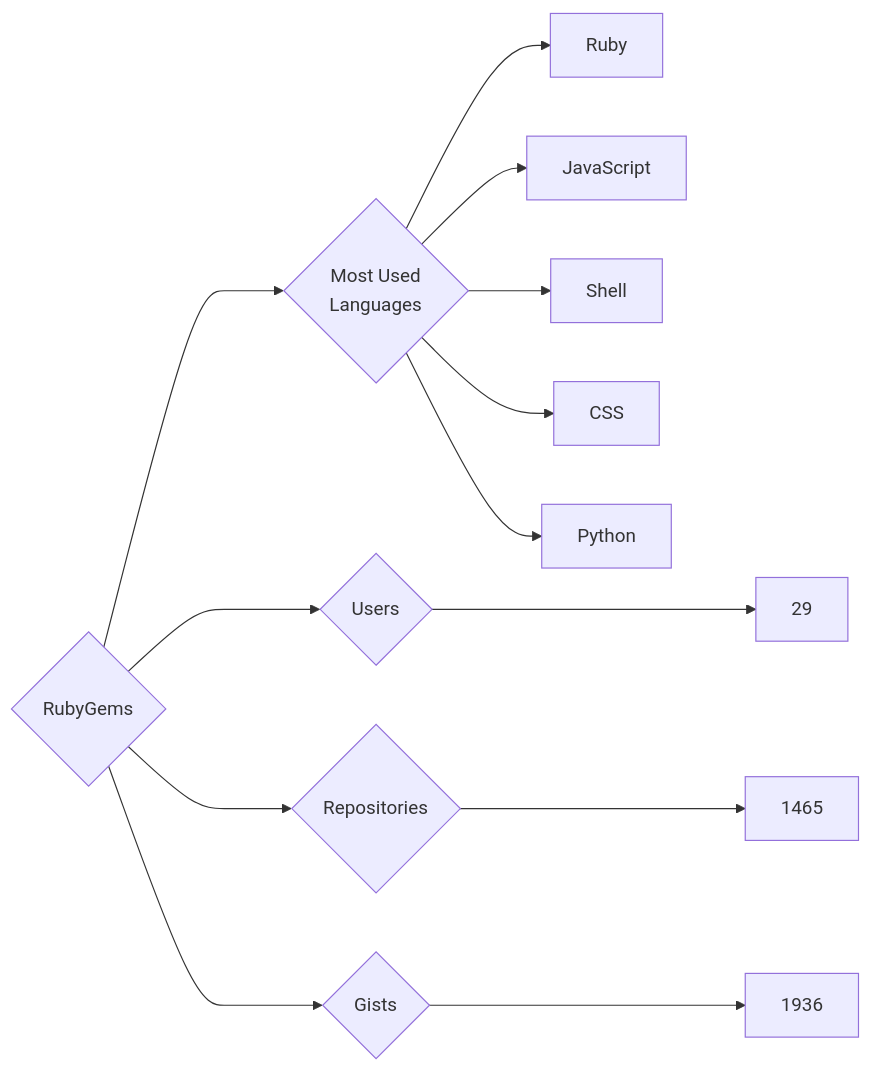
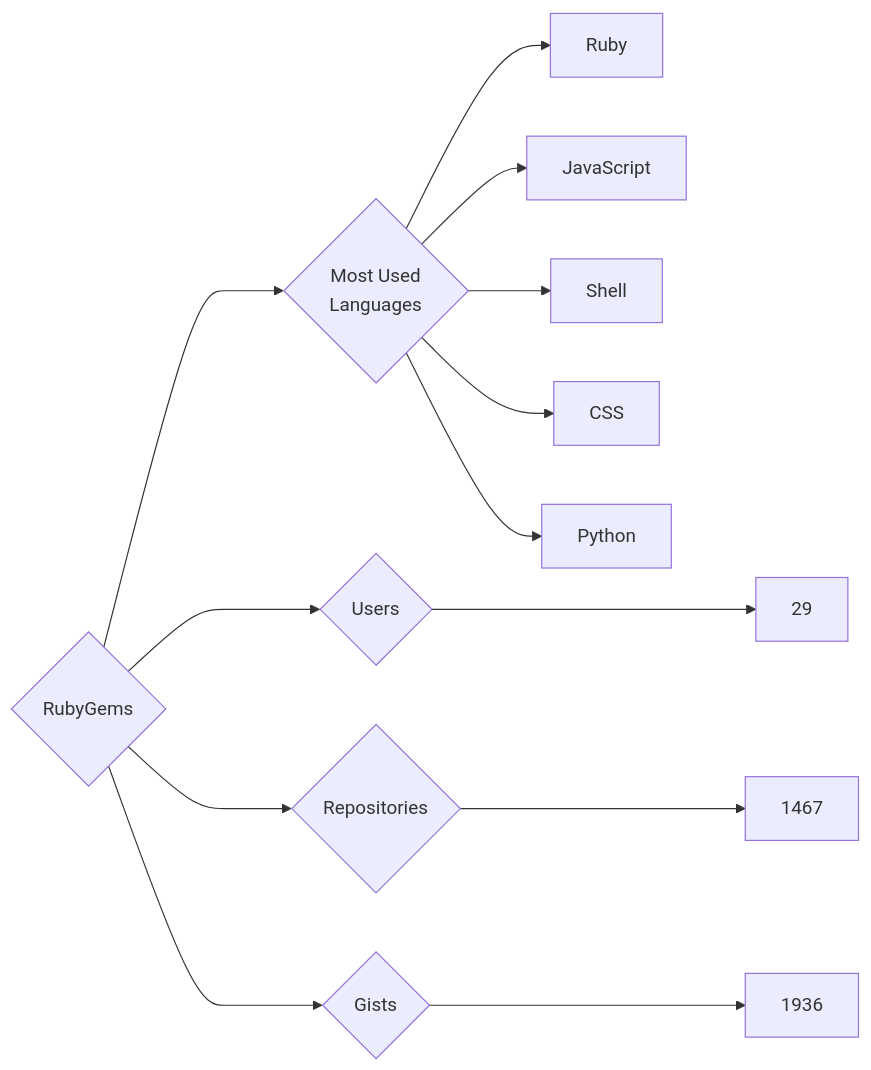
One commit to trickest/insiders changed the diagram in targets/RubyGems/README.md. Above: the diagram before and after it, drawn with Mermaid. The commit also changed 835 other files, not shown here.

````diff
--- a/targets/RubyGems/README.md
+++ b/targets/RubyGems/README.md
@@ -3,13 +3,13 @@
 ```mermaid
 graph LR
 COMPANY_NAME{RubyGems}
 COMPANY_NAME ---> U{Users} ---> UN[29]
-COMPANY_NAME ---> R{Repositories} ---> RN[1465]
+COMPANY_NAME ---> R{Repositories} ---> RN[1467]
 COMPANY_NAME ---> G{Gists} ---> GN[1936]
 COMPANY_NAME ---> ML{Most Used<br>Languages}
 ML --> Ruby[Ruby]
 ML --> JavaScript[JavaScript]
 ML --> Shell[Shell]
 ML --> CSS[CSS]
 ML --> Python[Python]
 ```
````
